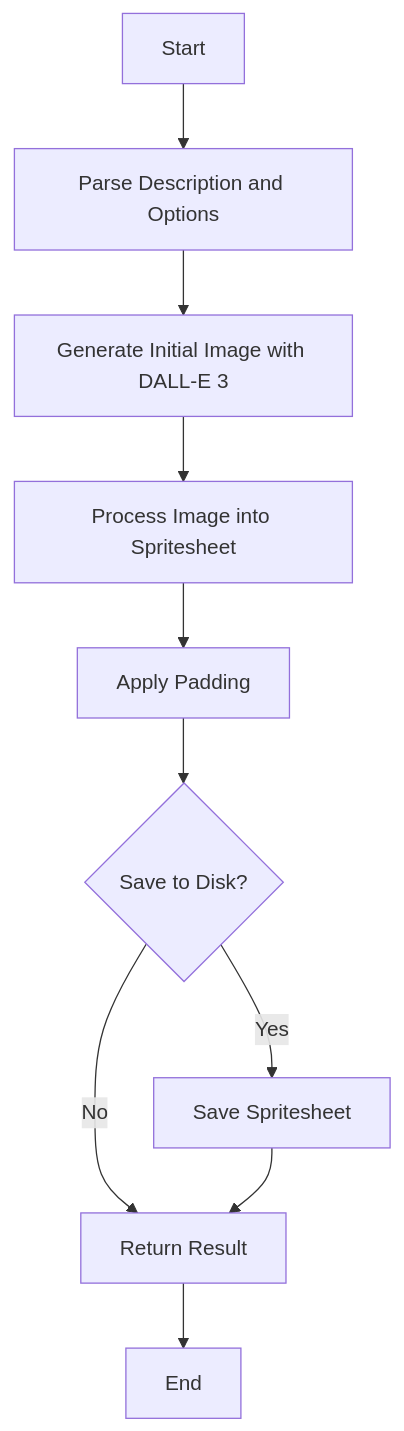
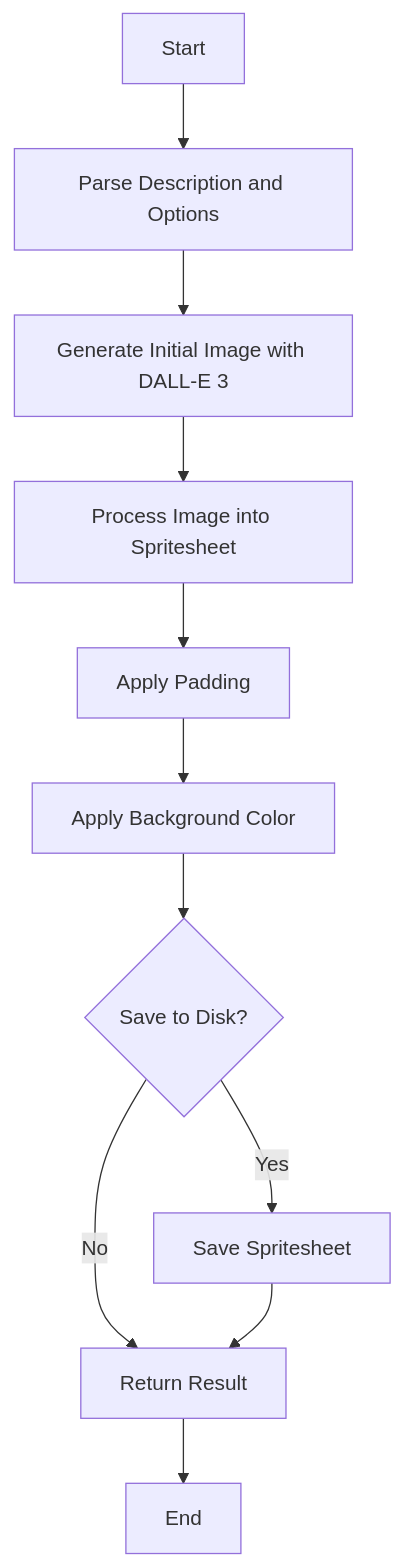
Before and after one commit to letsrockwithdocs/spriteai-dev-docs: the first of 2 diagrams in docs/generateAnimatedEmoji.md, drawn with Mermaid. The commit also changed other lines of this file and 4 other files, not shown here.

````diff
--- a/docs/generateAnimatedEmoji.md
+++ b/docs/generateAnimatedEmoji.md
@@ -30,12 +31,13 @@
 ```mermaid
 graph TD
     A[Start] --> B[Parse Description and Options]
     B --> C[Generate Initial Image with DALL-E 3]
     C --> D[Process Image into Spritesheet]
     D --> E[Apply Padding]
-    E --> F{Save to Disk?}
-    F -->|Yes| G[Save Spritesheet]
-    F -->|No| H[Return Result]
-    G --> H
-    H --> I[End]
+    E --> F[Apply Background Color]
+    F --> G{Save to Disk?}
+    G -->|Yes| H[Save Spritesheet]
+    G -->|No| I[Return Result]
+    H --> I
+    I --> J[End]
 ```
````
